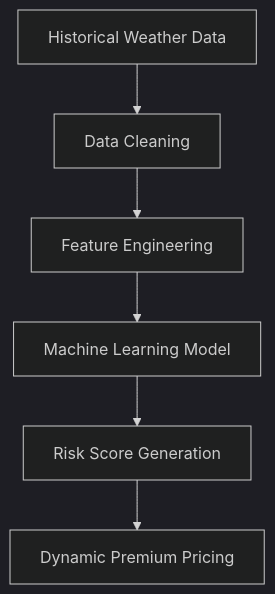
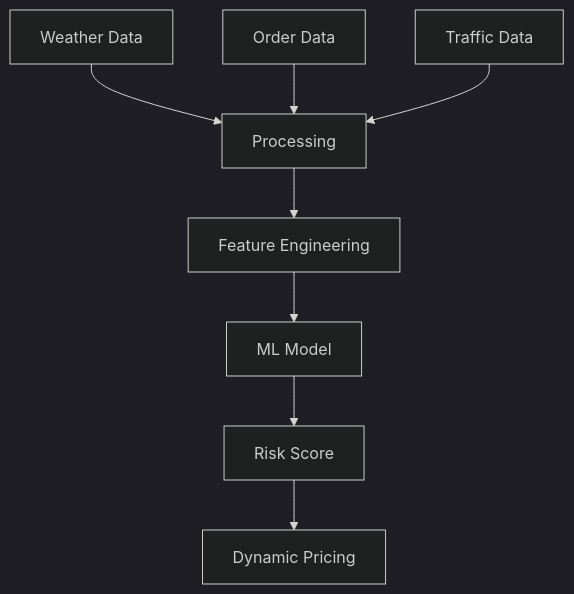
One commit to ed6095-web/Guidewire-DEVTrails-2026 changed the third of 4 diagrams in README.md. Above: the diagram before and after it, drawn with Mermaid (dark theme). The commit also changed other lines of this file, not shown here.

````diff
--- a/README.md
+++ b/README.md
@@ -187,8 +187,10 @@
 ```mermaid
 flowchart TD
-A[Historical Weather Data] --> B[Data Cleaning]
-B --> C[Feature Engineering]
-C --> D[Machine Learning Model]
-D --> E[Risk Score Generation]
-E --> F[Dynamic Premium Pricing]
+A[Weather Data] --> B[Processing]
+C[Order Data] --> B
+D[Traffic Data] --> B
+B --> E[Feature Engineering]
+E --> F[ML Model]
+F --> G[Risk Score]
+G --> H[Dynamic Pricing]
 ```
````
